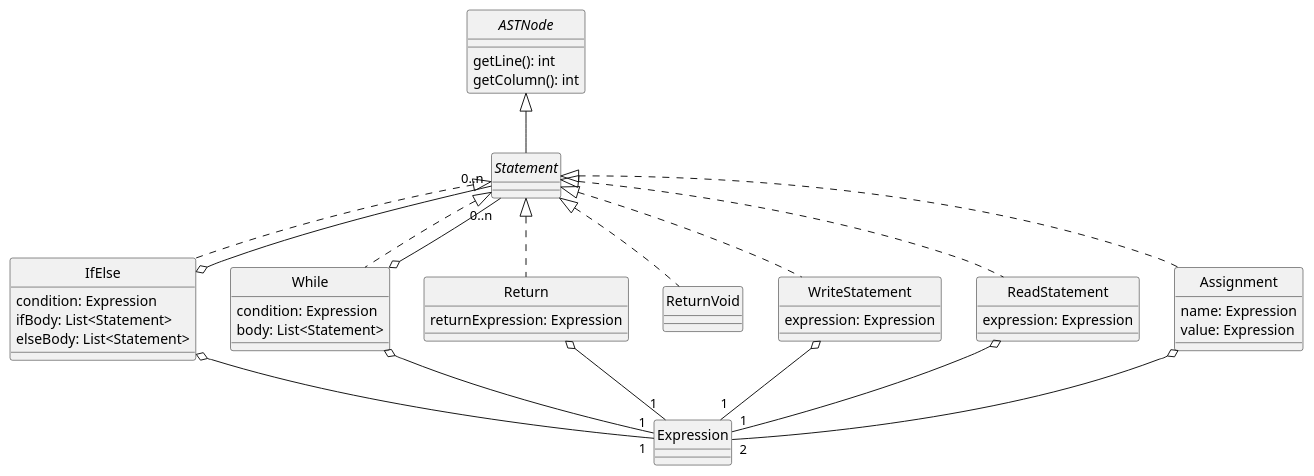
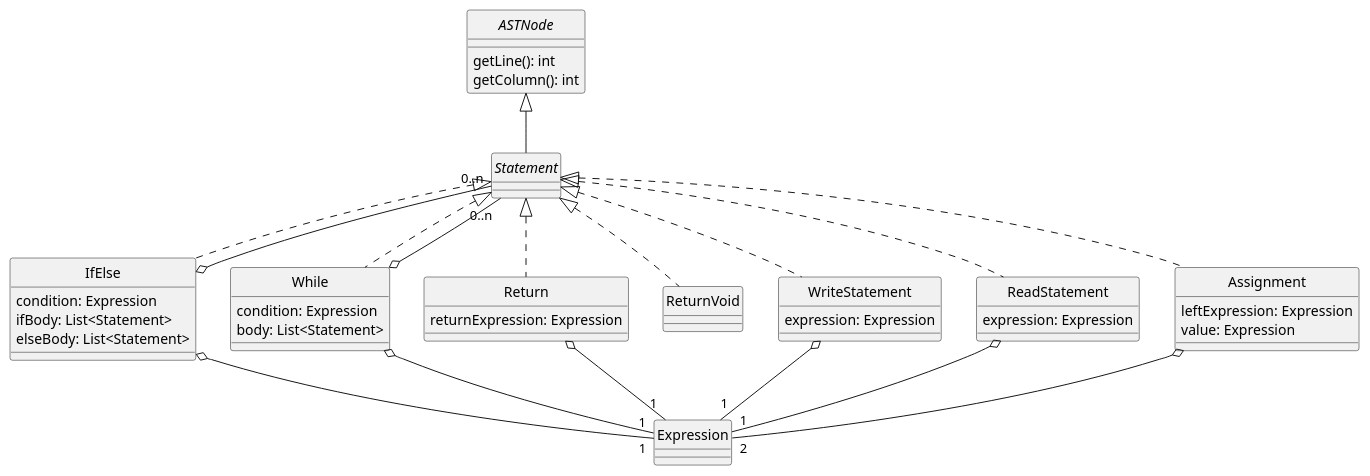
One commit to DavidGonzalezFernandez/dlp-compiler changed the diagram in docs/diagrams/statements.plantuml. Above: the diagram before and after it, drawn with PlantUML.

Commit message:
Versión final del UML statements

```diff
--- a/docs/diagrams/statements.plantuml
+++ b/docs/diagrams/statements.plantuml
@@ -1,73 +1,73 @@
 @startuml Statements
 skinparam style strictuml
 skinparam monochrome true
 
 interface ASTNode {
     getLine(): int
     getColumn(): int
 }
 
 interface Statement
 ASTNode <|-- Statement
 
 
 /'
 Una sentencia condicional se define usando la palabra clave if seguida de una condición.
 El cuerpo de dicha sentencia estará comprendido entre do y end.
 Se podrá usar la palabra clave else.
 '/
 class IfElse {
     condition: Expression
     ifBody: List<Statement>
     elseBody: List<Statement>   /'puede no haber else, la lista estaría vacía'/
 }
 Statement <|.. IfElse
 IfElse o-- "1" Expression
 IfElse o-- "0..n" Statement
 
 
 class While {
     condition: Expression
     body: List<Statement>
 }
 Statement <|.. While
 While o-- "1" Expression
 While o-- "0..n" Statement
 
 
 ' El return debe estar seguido obligatoriamente de una expresión
 class Return {
     returnExpression: Expression
 }
 Statement <|.. Return
 Return o-- "1" Expression
 
 
 ' Return para cuando no se devuelve una expresión
 class ReturnVoid
 Statement <|.. ReturnVoid
 
 
 ' Write no tiene una lista de Expression, se genera un Write para cada Expression
 class WriteStatement {
     expression: Expression
 }
 Statement <|.. WriteStatement
 WriteStatement o-- "1" Expression
 
 
 class ReadStatement {
     expression: Expression
 }
 Statement <|.. ReadStatement
 ReadStatement o-- "1" Expression
 
 ' Una asignación está compuesta por dos expresiones separadas por el operador =.
 class Assignment {
-    name: Expression
+    leftExpression: Expression
     value: Expression
 }
 Statement <|.. Assignment
 Assignment o-- "2" Expression
 
 @enduml
```
